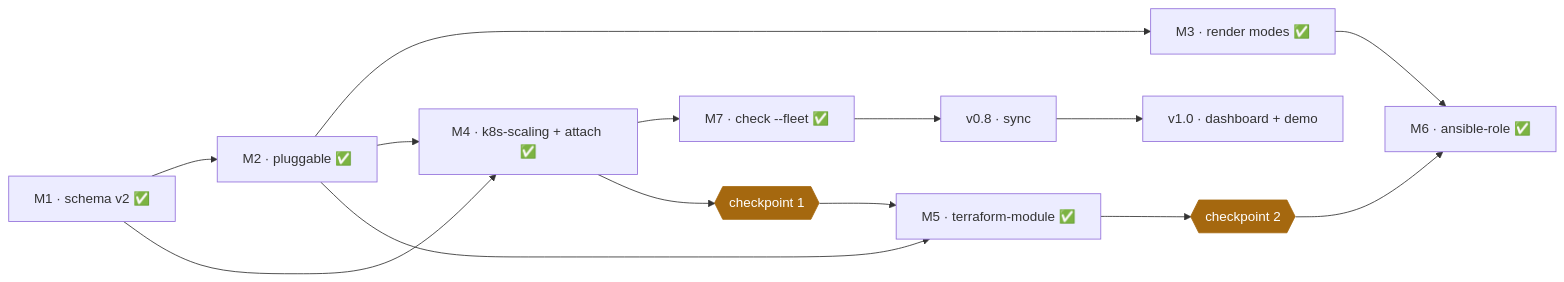
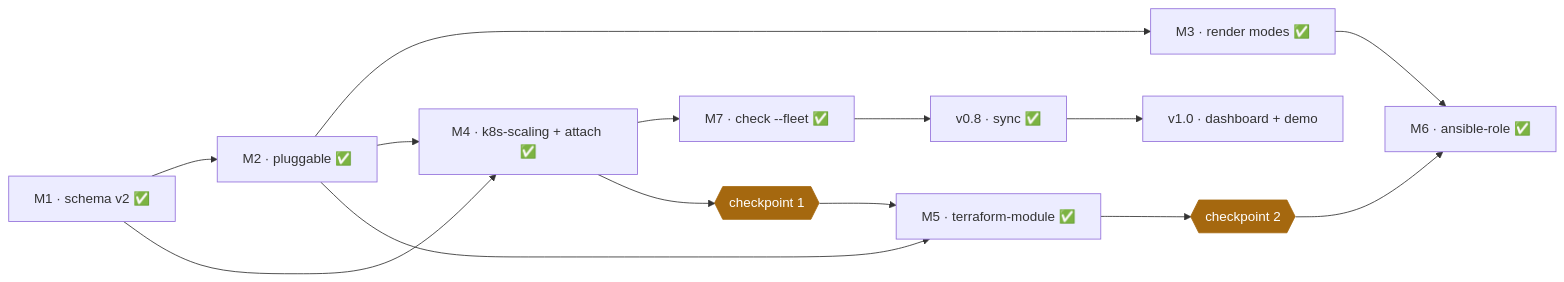
Before and after one commit to sameeralam3127/ansari: the diagram in docs/roadmap.md, drawn with Mermaid. The commit also changed other lines of this file and 15 other files, not shown here.

````diff
--- a/docs/roadmap.md
+++ b/docs/roadmap.md
@@ -23,19 +23,19 @@
 ```mermaid
 flowchart LR
     M1[M1 · schema v2 ✅] --> M2[M2 · pluggable ✅]
     M2 --> M3[M3 · render modes ✅]
     M1 --> M4[M4 · k8s-scaling + attach ✅]
     M2 --> M4
     M2 --> M5[M5 · terraform-module ✅]
     M3 --> M6[M6 · ansible-role ✅]
     M4 --> M7[M7 · check --fleet ✅]
-    M7 --> S[v0.8 · sync]
+    M7 --> S[v0.8 · sync ✅]
     S --> D[v1.0 · dashboard + demo]
 
     CP1{{checkpoint 1}}:::cp
     CP2{{checkpoint 2}}:::cp
     M4 --> CP1 --> M5
     M5 --> CP2 --> M6
 
     classDef cp fill:#a5680f,stroke:#a5680f,color:#fff
 ```
````
